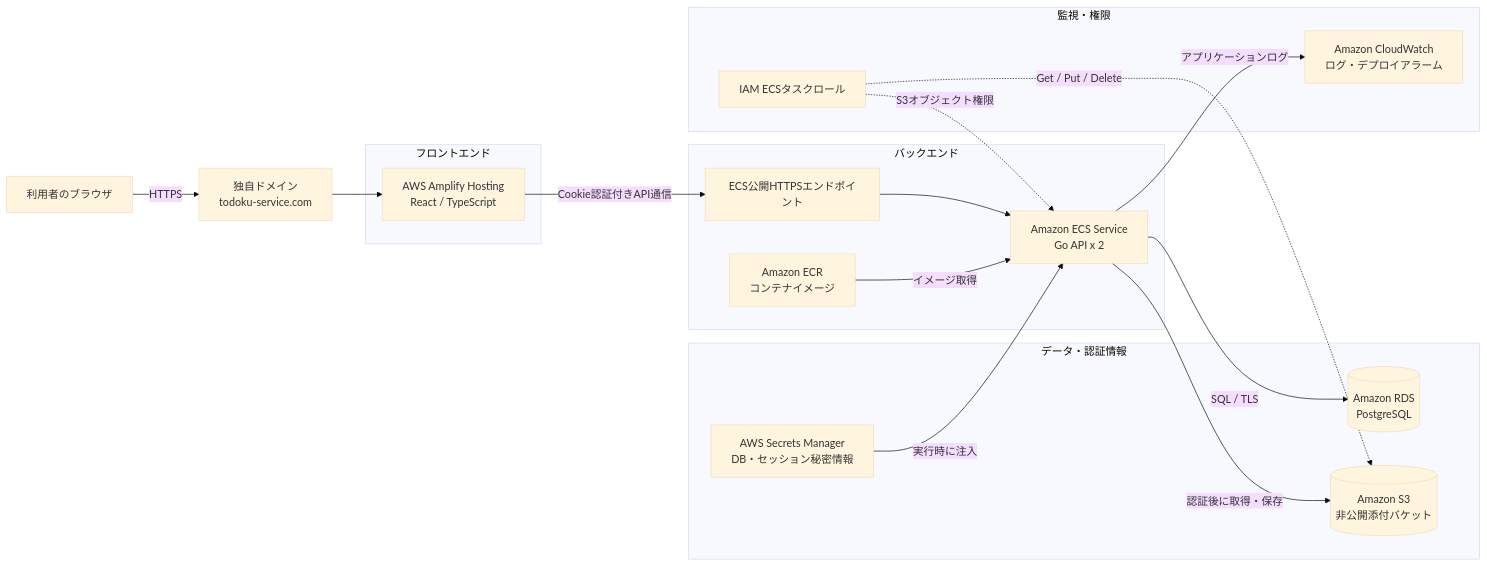
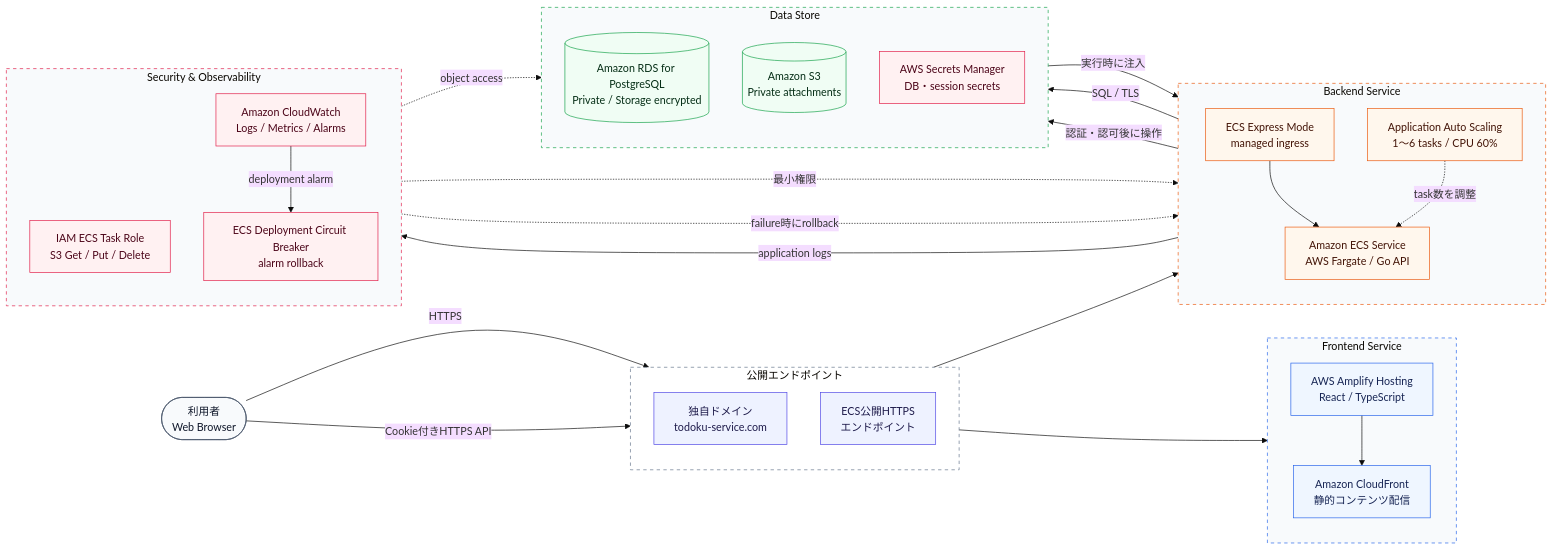
Before and after one commit to suma-web/Todoku_golang_backend: the first of 2 diagrams in docs/architecture/aws.md, drawn with Mermaid (base theme). The commit also changed other lines of this file, not shown here.

Commit message:
docs: revise AWS architecture and deployment flow

````diff
--- a/docs/architecture/aws.md
+++ b/docs/architecture/aws.md
@@ -5,38 +7,71 @@
 ```mermaid
 flowchart LR
-    user[利用者のブラウザ]
-    domain[独自ドメイン<br/>todoku-service.com]
+    user([利用者<br/>Web Browser])
 
-    subgraph frontend[フロントエンド]
-        amplify[AWS Amplify Hosting<br/>React / TypeScript]
+    subgraph edge[公開エンドポイント]
+        direction TB
+        domain[独自ドメイン<br/>todoku-service.com]
+        apiEndpoint[ECS公開HTTPS<br/>エンドポイント]
     end
 
-    subgraph backend[バックエンド]
-        ingress[ECS公開HTTPSエンドポイント]
-        ecs[Amazon ECS Service<br/>Go API x 2]
-        ecr[Amazon ECR<br/>コンテナイメージ]
+    subgraph frontend[Frontend Service]
+        direction TB
+        amplify[AWS Amplify Hosting<br/>React / TypeScript]
+        cdn[Amazon CloudFront<br/>静的コンテンツ配信]
+        amplify --> cdn
     end
 
-    subgraph data[データ・認証情報]
-        rds[(Amazon RDS<br/>PostgreSQL)]
-        s3[(Amazon S3<br/>非公開添付バケット)]
-        secrets[AWS Secrets Manager<br/>DB・セッション秘密情報]
+    subgraph backend[Backend Service]
+        direction TB
+        gateway[ECS Express Mode<br/>managed ingress]
+        ecs[Amazon ECS Service<br/>AWS Fargate / Go API]
+        scaling[Application Auto Scaling<br/>1〜6 tasks / CPU 60%]
+        gateway --> ecs
+        scaling -. task数を調整 .-> ecs
     end
 
-    subgraph operations[監視・権限]
-        logs[Amazon CloudWatch<br/>ログ・デプロイアラーム]
-        role[IAM ECSタスクロール]
+    subgraph data[Data Store]
+        direction TB
+        rds[(Amazon RDS for PostgreSQL<br/>Private / Storage encrypted)]
+        s3[(Amazon S3<br/>Private attachments)]
+        secrets[AWS Secrets Manager<br/>DB・session secrets]
+    end
+
+    subgraph operations[Security & Observability]
+        direction TB
+        taskRole[IAM ECS Task Role<br/>S3 Get / Put / Delete]
+        logs[Amazon CloudWatch<br/>Logs / Metrics / Alarms]
+        rollback[ECS Deployment Circuit Breaker<br/>alarm rollback]
     end
 
     user -->|HTTPS| domain
-    domain --> amplify
-    amplify -->|Cookie認証付きAPI通信| ingress
-    ingress --> ecs
-    ecr -->|イメージ取得| ecs
+    domain --> cdn
+    user -->|Cookie付きHTTPS API| apiEndpoint
+    apiEndpoint --> gateway
     ecs -->|SQL / TLS| rds
-    ecs -->|認証後に取得・保存| s3
+    ecs -->|認証・認可後に操作| s3
     secrets -->|実行時に注入| ecs
-    ecs -->|アプリケーションログ| logs
-    role -. S3オブジェクト権限 .-> ecs
-    role -. Get / Put / Delete .-> s3
+    taskRole -. 最小権限 .-> ecs
+    taskRole -. object access .-> s3
+    ecs -->|application logs| logs
+    logs -->|deployment alarm| rollback
+    rollback -. failure時にrollback .-> ecs
+
+    classDef client fill:#f8fafc,stroke:#475569,color:#0f172a;
+    classDef edgeNode fill:#eef2ff,stroke:#4f46e5,color:#1e1b4b;
+    classDef frontNode fill:#eff6ff,stroke:#2563eb,color:#172554;
+    classDef compute fill:#fff7ed,stroke:#ea580c,color:#431407;
+    classDef storage fill:#f0fdf4,stroke:#16a34a,color:#052e16;
+    classDef security fill:#fff1f2,stroke:#e11d48,color:#4c0519;
+    class user client;
+    class domain,apiEndpoint edgeNode;
+    class amplify,cdn frontNode;
+    class gateway,ecs,scaling compute;
+    class rds,s3 storage;
+    class secrets,taskRole,logs,rollback security;
+    style edge fill:#ffffff,stroke:#64748b,stroke-dasharray:5 5
+    style frontend fill:#f8fafc,stroke:#2563eb,stroke-dasharray:5 5
+    style backend fill:#f8fafc,stroke:#ea580c,stroke-dasharray:5 5
+    style data fill:#f8fafc,stroke:#16a34a,stroke-dasharray:5 5
+    style operations fill:#f8fafc,stroke:#e11d48,stroke-dasharray:5 5
 ```
````
